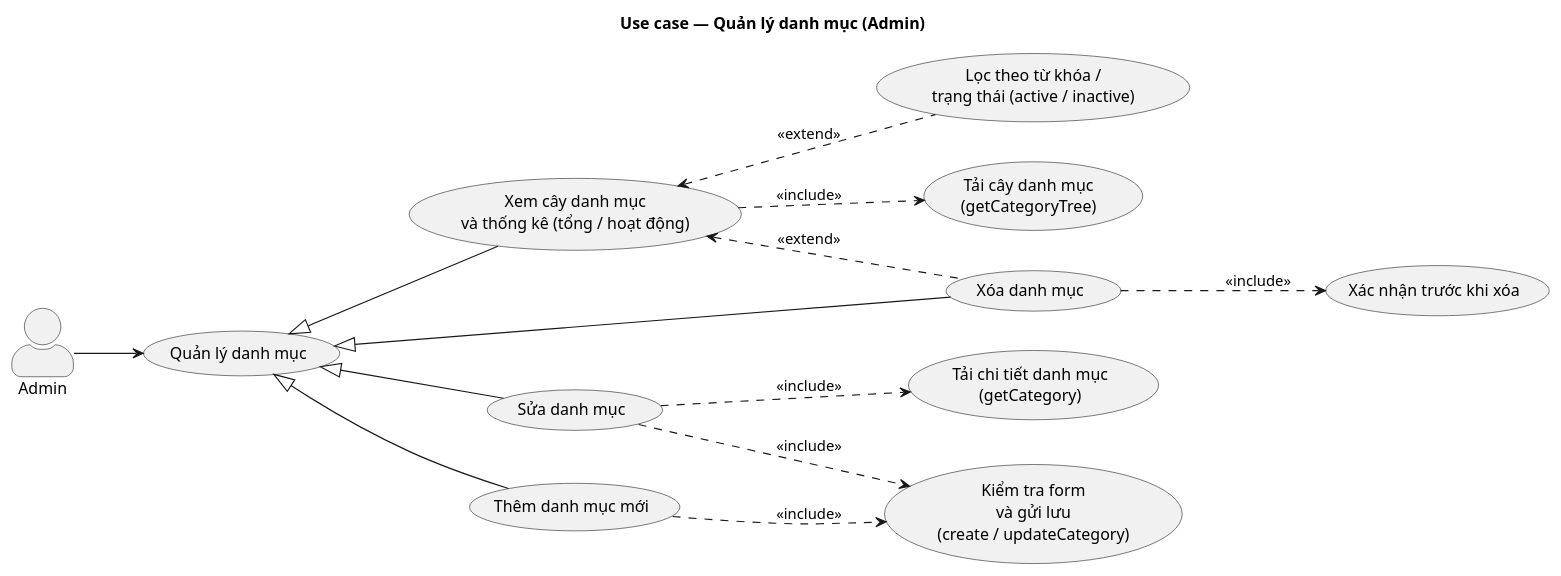
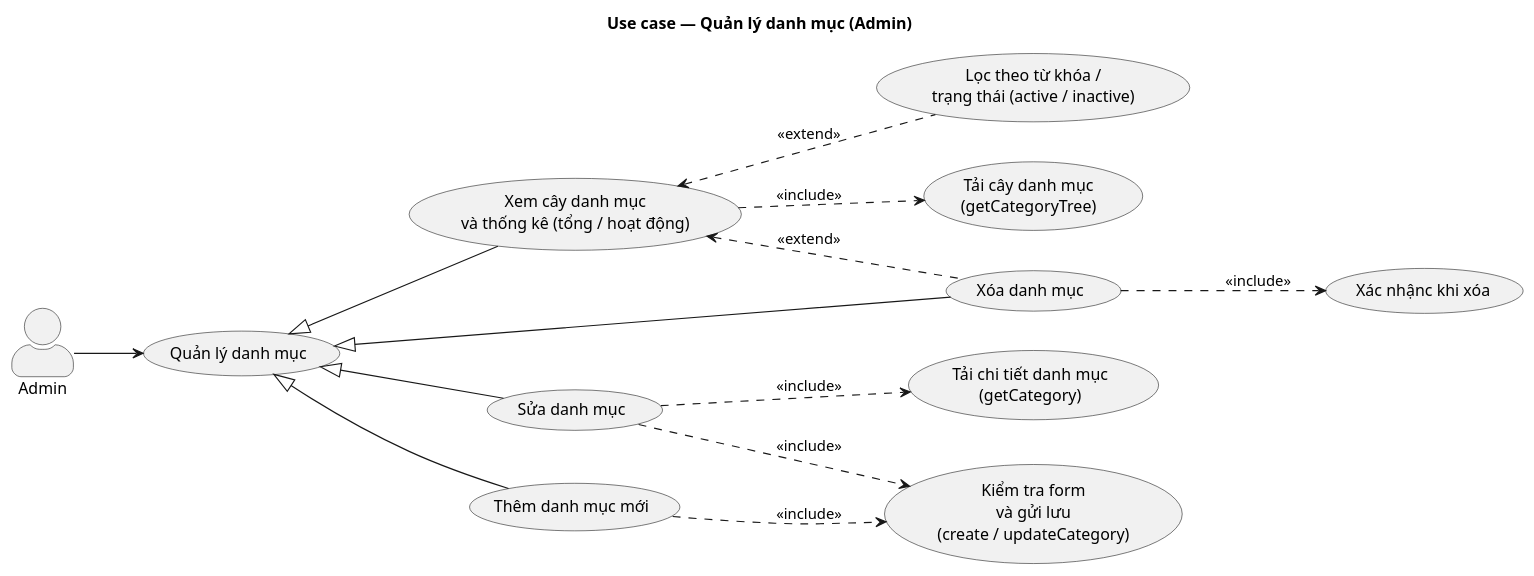
One commit to Soihoanghuhong293/DATN_SP26_WD-30 changed the diagram in docs/usecase-quan-ly-danh-muc.puml. Above: the diagram before and after it, drawn with PlantUML. The commit also changed 2 other files, not shown here.

```diff
--- a/docs/usecase-quan-ly-danh-muc.puml
+++ b/docs/usecase-quan-ly-danh-muc.puml
@@ -1,42 +1,42 @@
 @startuml usecase_quan_ly_danh_muc
 title Use case — Quản lý danh mục (Admin)
 skinparam actorStyle awesome
 left to right direction
 
 actor "Admin" as ADM
 
 usecase "Quản lý danh mục" as UC_ROOT 
 
 usecase "Xem cây danh mục\nvà thống kê (tổng / hoạt động)" as UC_LIST
 usecase "Thêm danh mục mới" as UC_CREATE
 usecase "Sửa danh mục" as UC_EDIT
 usecase "Xóa danh mục" as UC_DELETE
 
 usecase "Tải cây danh mục\n(getCategoryTree)" as UC_LOAD
 usecase "Lọc theo từ khóa /\ntrạng thái (active / inactive)" as UC_FILTER
 
 usecase "Tải chi tiết danh mục\n(getCategory)" as UC_FETCH
 usecase "Kiểm tra form\nvà gửi lưu\n(create / updateCategory)" as UC_SAVE
 
-usecase "Xác nhận trước khi xóa" as UC_CONFIRM
+usecase " Xác nhậnc khi xóa" as UC_CONFIRM
 
 UC_ROOT <|-- UC_LIST
 UC_ROOT <|-- UC_CREATE
 UC_ROOT <|-- UC_EDIT
 UC_ROOT <|-- UC_DELETE
 
 ADM --> UC_ROOT
 
 
 
 UC_LIST ..> UC_LOAD : <<include>>
 UC_LIST <.. UC_FILTER : <<extend>>
 
 UC_CREATE ..> UC_SAVE : <<include>>
 UC_EDIT ..> UC_FETCH : <<include>>
 UC_EDIT ..> UC_SAVE : <<include>>
 
 UC_LIST <.. UC_DELETE : <<extend>>
 UC_DELETE ..> UC_CONFIRM : <<include>>
 
 @enduml
```
